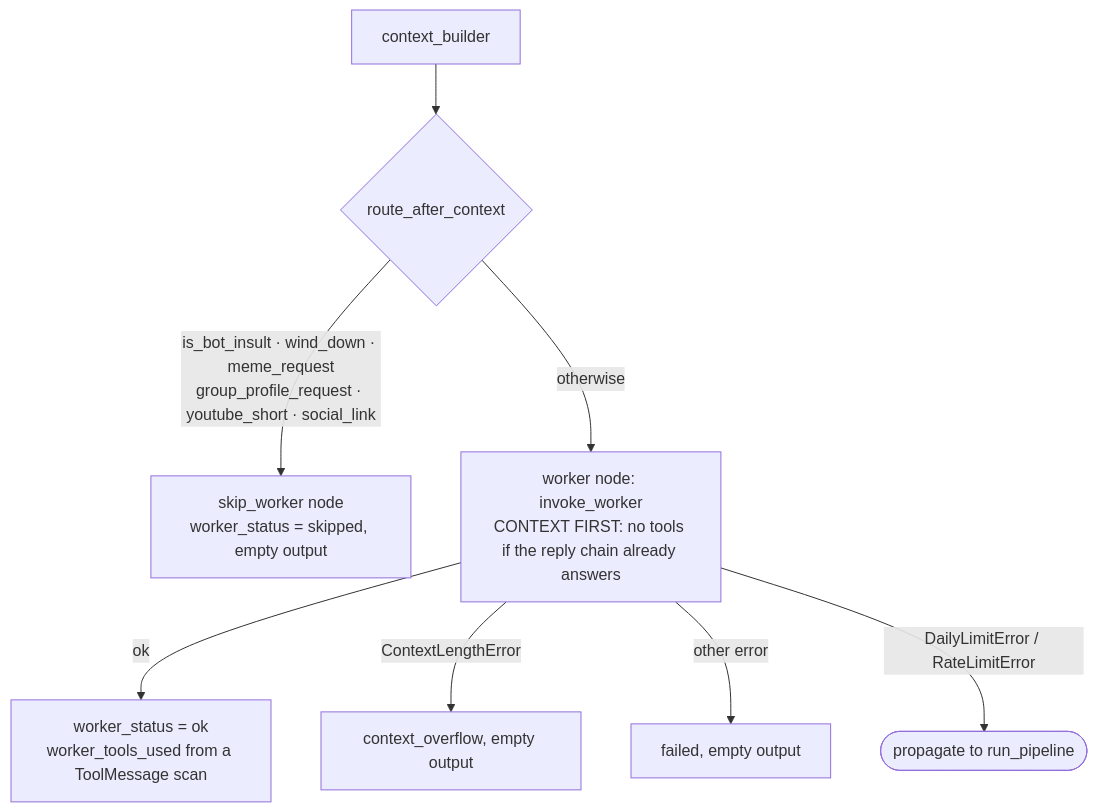
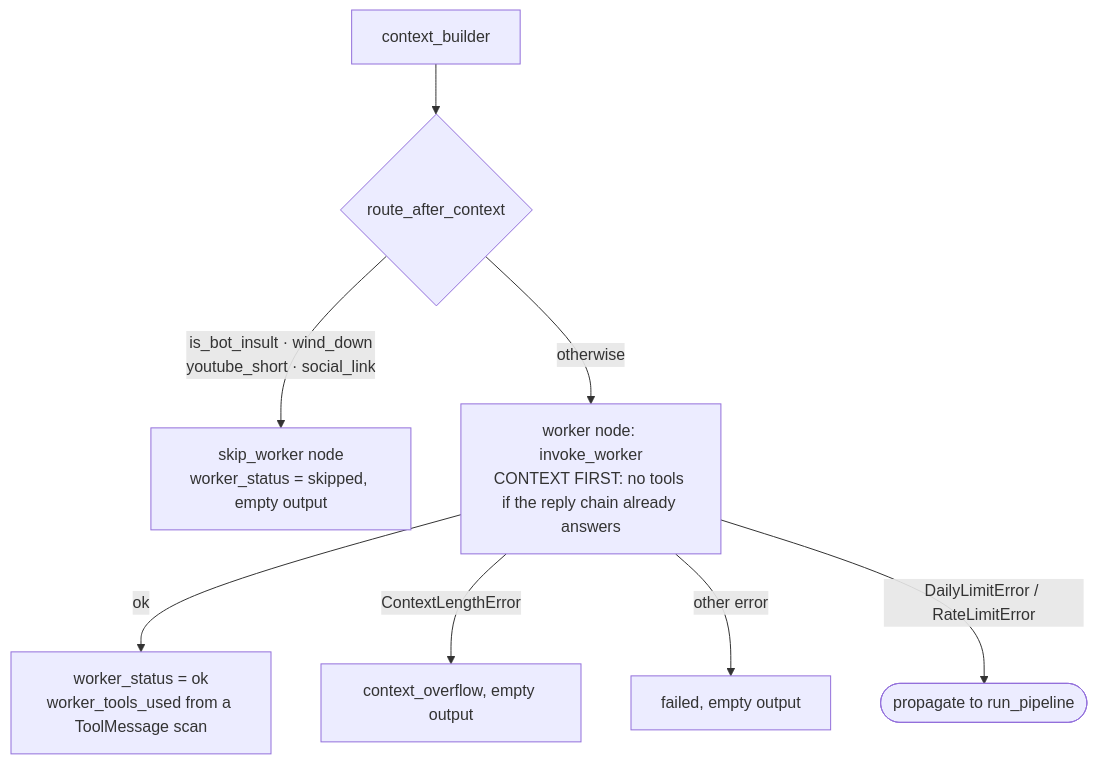
The eighth of 10 diagrams in src/pipeline/README.md (vsbaldeev/games-chatbot), drawn with Mermaid before and after one commit. The commit also changed other lines of this file and 5 other files, not shown here.

Commit message:
refactor: route meme and group-profile requests past the reply nodes

````diff
--- a/src/pipeline/README.md
+++ b/src/pipeline/README.md
@@ -388,10 +392,10 @@
 ```mermaid
 flowchart TD
     ctx["context_builder"] --> skip{"route_after_context"}
-    skip -->|"is_bot_insult · wind_down · meme_request<br/>group_profile_request · youtube_short · social_link"| sk["skip_worker node<br/>worker_status = skipped, empty output"]
+    skip -->|"is_bot_insult · wind_down<br/>youtube_short · social_link"| sk["skip_worker node<br/>worker_status = skipped, empty output"]
     skip -->|"otherwise"| run["worker node: invoke_worker<br/>CONTEXT FIRST: no tools if the reply chain already answers"]
     run -->|"ok"| ok["worker_status = ok<br/>worker_tools_used from a ToolMessage scan"]
     run -->|"ContextLengthError"| co["context_overflow, empty output"]
     run -->|"other error"| fl["failed, empty output"]
     run -->|"DailyLimitError / RateLimitError"| up(["propagate to run_pipeline"])
 ```
````
